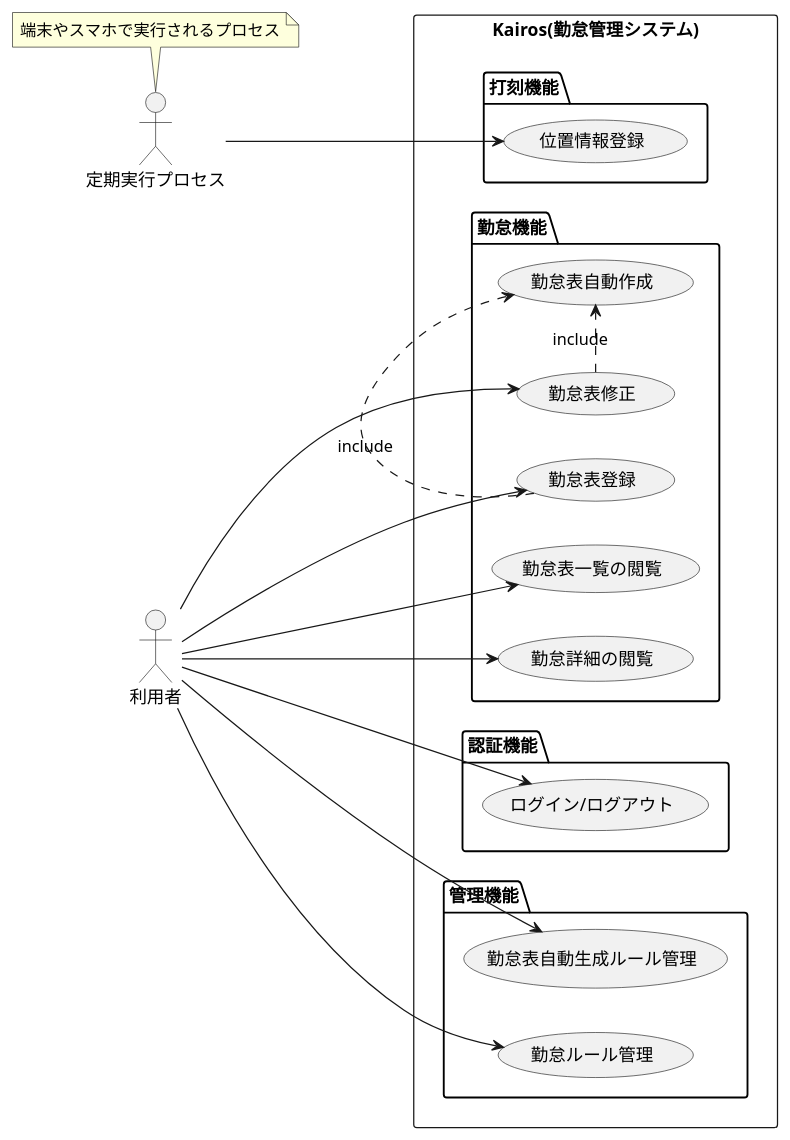
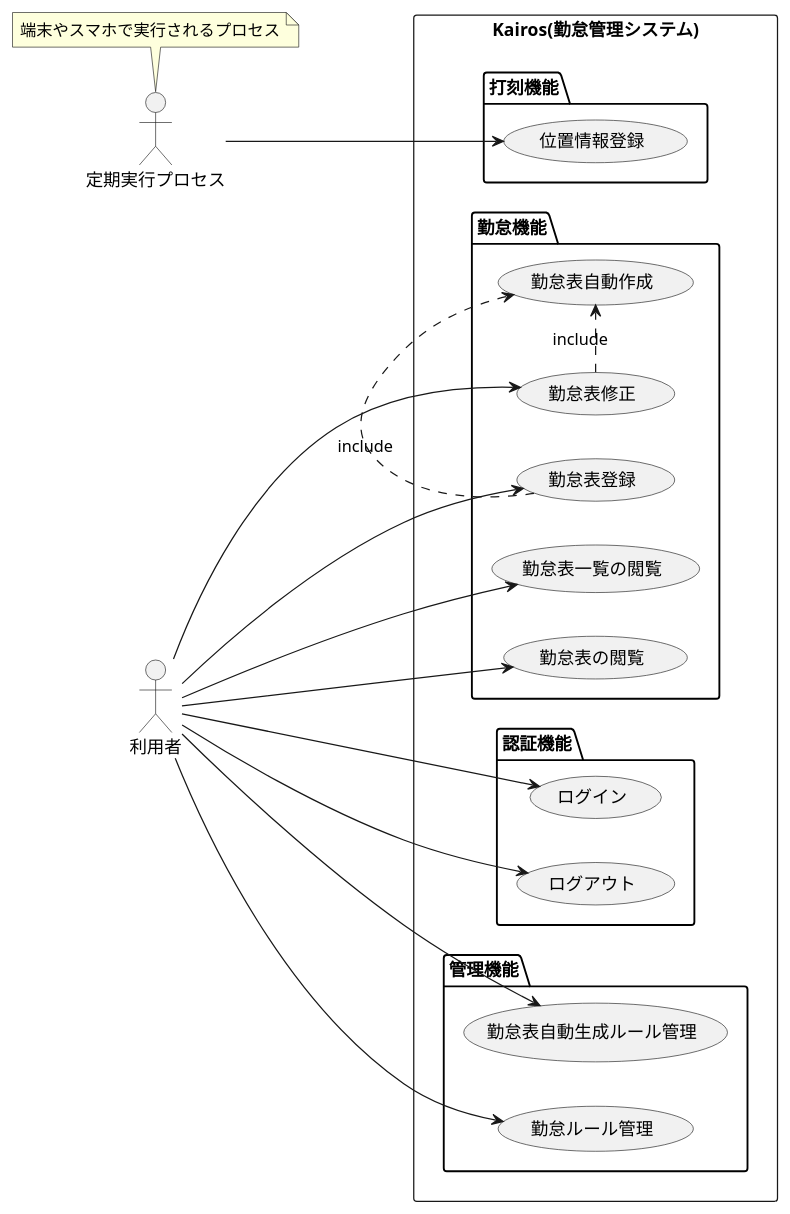
One commit to okanikani223/kairos changed the diagram in docs/usecase-diagrams/usecase.puml. Above: the diagram before and after it, drawn with PlantUML.

Commit message:
docs: ユースケース図を修正: ログインとログアウトを分離して単独にした

```diff
--- a/docs/usecase-diagrams/usecase.puml
+++ b/docs/usecase-diagrams/usecase.puml
@@ -1,39 +1,41 @@
 @startuml Kairosユースケース
 left to right direction
 
 actor "利用者" as User
 actor "定期実行プロセス" as AutoProcess
 note top of AutoProcess : 端末やスマホで実行されるプロセス
 
 rectangle "Kairos(勤怠管理システム)" {
     package "認証機能" {
-        (ログイン/ログアウト) as LoginLogout
+        (ログイン) as Login
+        (ログアウト) as Logout
     }
     package "勤怠機能" {
-          (勤怠表一覧の閲覧) as ViewReport
-          (勤怠詳細の閲覧) as ViewReportDetail
+          (勤怠表一覧の閲覧) as ViewReportList
+          (勤怠表の閲覧) as ViewReport
           (勤怠表修正) as EditReport
           (勤怠表登録) as RegisterReport
           (勤怠表自動作成) as AutoCreateReport
     }
     package "打刻機能" {
         (位置情報登録) as RegisterLocations
     }
     package "管理機能" {
         (勤怠ルール管理) as ManageWorlRules
         (勤怠表自動生成ルール管理) as ManageReportCreationRules
     }
 }
 
-User --> LoginLogout
+User --> Login
+User --> Logout
+User --> ViewReportList
 User --> ViewReport
-User --> ViewReportDetail
 User --> EditReport
 User --> RegisterReport
 User --> ManageWorlRules
 EditReport .> AutoCreateReport : include
 RegisterReport .> AutoCreateReport : include
 User --> ManageReportCreationRules
 AutoProcess --> RegisterLocations
 
 @enduml
```
